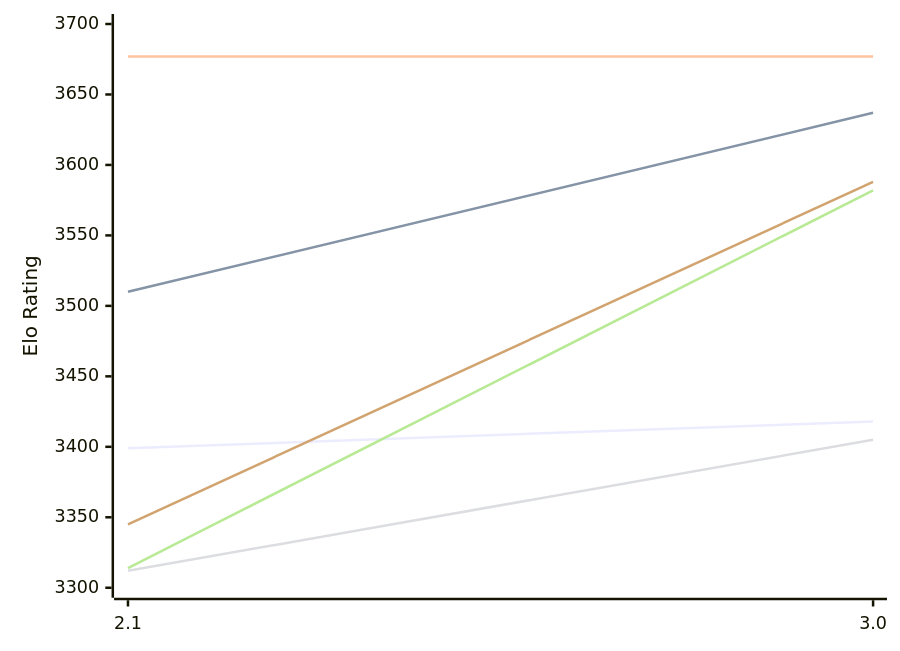
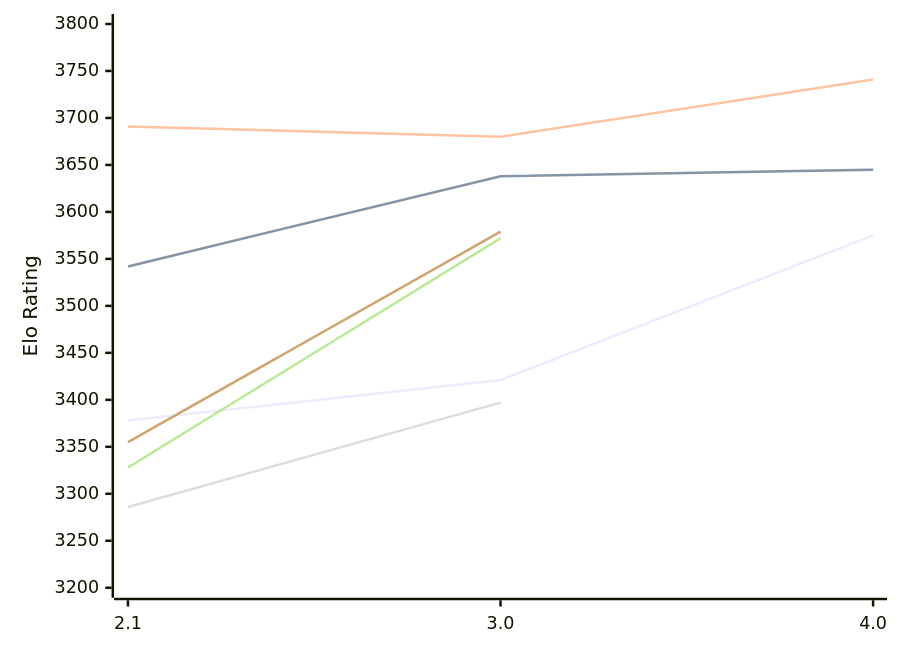
Before and after one commit to computer-chess-index/cci: the first of 2 diagrams in engines/Hobbes.md, drawn with Mermaid. The commit also changed other lines of this file, not shown here.

Commit message:
Update CCI Ratings (ELO VLTC) - 2026-11-15

````diff
--- a/engines/Hobbes.md
+++ b/engines/Hobbes.md
@@ -51,12 +52,12 @@
 ```mermaid
 %%{init: {"theme":"base","themeVariables":{"seriesColors:['#a3a3a3','#222221','#faa371']}}}%%
 xychart-beta
-  x-axis ["2.1", "3.0"]
-  y-axis "Elo Rating" 3300 --> 3700
-  line "E1: STC (8.0+0.08s)" [3399, 3418]
-  line "E1: LTC (60.0+0.60s)" [3510, 3637]
-  line "E1: VLTC (2m24s+1.12s)" [3677, 3677]
-  line "P1: STC (8.0+0.08s)" [3312, 3405]
-  line "P1: LTC (60.0+0.60s)" [3314, 3582]
-  line "P1: VLTC (2m24s+1.12s)" [3345, 3588]
+  x-axis ["2.1", "3.0", "4.0"]
+  y-axis "Elo Rating" 3200 --> 3800
+  line "E1: STC (8.0+0.08s)" [3378, 3421, 3575]
+  line "E1: LTC (60.0+0.60s)" [3542, 3638, 3645]
+  line "E1: VLTC (2m24s+1.12s)" [3691, 3680, 3741]
+  line "P1: STC (8.0+0.08s)" [3286, 3397]
+  line "P1: LTC (60.0+0.60s)" [3328, 3572]
+  line "P1: VLTC (2m24s+1.12s)" [3355, 3579]
 ```
````
